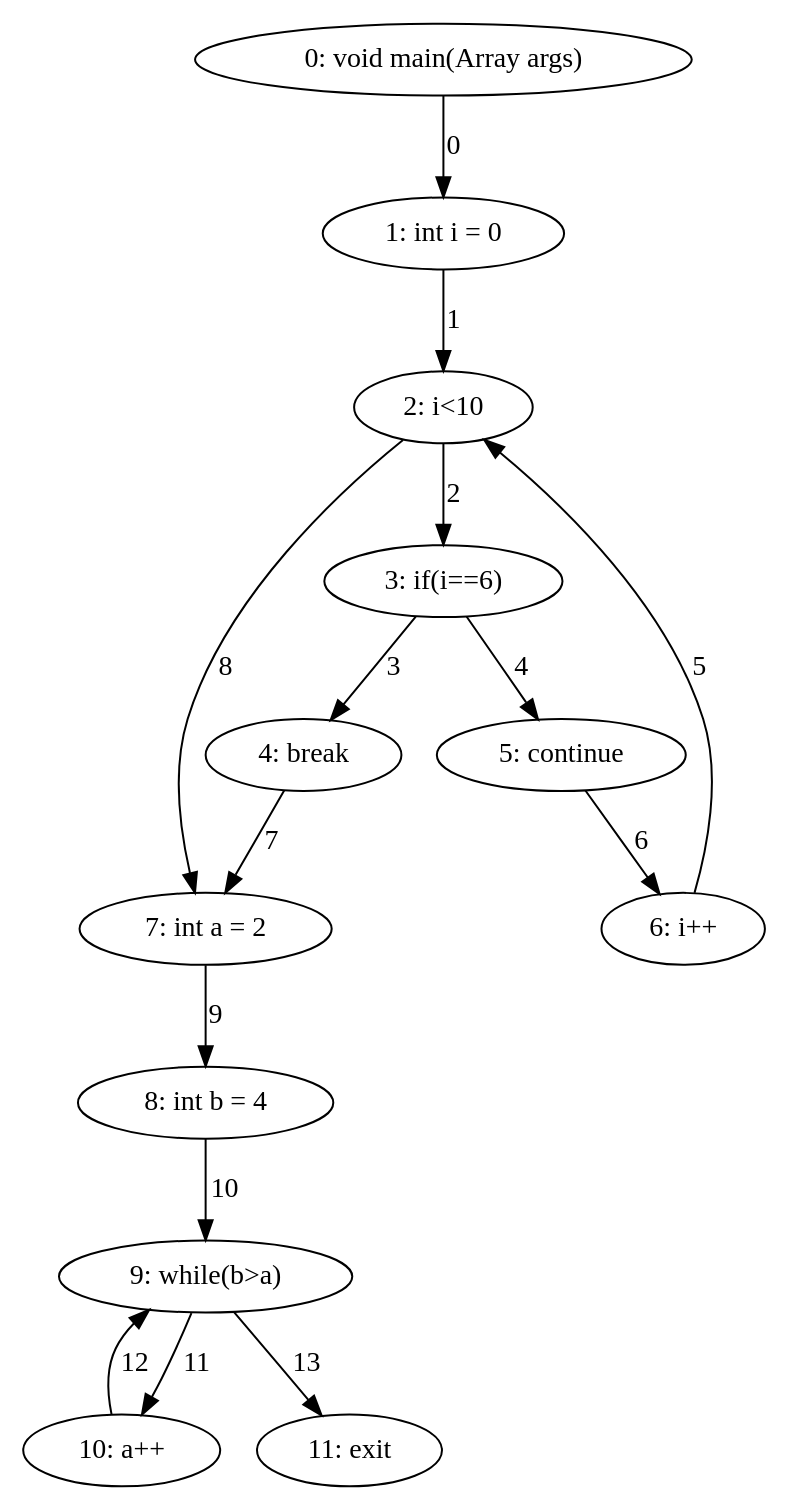
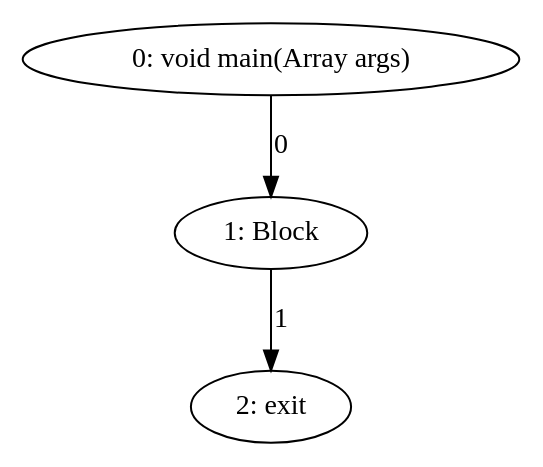
One commit to DominguesGM/comp_astanalyze changed the diagram in export/forbreak_example_cfg.dot. Above: the diagram before and after it, drawn with Graphviz. The commit also changed 35 other files, not shown here.

```diff
--- a/export/forbreak_example_cfg.dot
+++ b/export/forbreak_example_cfg.dot
@@ -1,28 +1,7 @@
 digraph G {
   1 [ label="0: void main(Array args)" ];
-  2 [ label="1: int i = 0" ];
-  3 [ label="2: i<10" ];
-  4 [ label="3: if(i==6)" ];
-  5 [ label="4: break" ];
-  6 [ label="5: continue" ];
-  7 [ label="6: i++" ];
-  8 [ label="7: int a = 2" ];
-  9 [ label="8: int b = 4" ];
-  10 [ label="9: while(b>a)" ];
-  11 [ label="10: a++" ];
-  12 [ label="11: exit" ];
+  2 [ label="1: Block" ];
+  3 [ label="2: exit" ];
   1 -> 2 [ label="0" ];
   2 -> 3 [ label="1" ];
-  3 -> 4 [ label="2" ];
-  4 -> 5 [ label="3" ];
-  4 -> 6 [ label="4" ];
-  7 -> 3 [ label="5" ];
-  6 -> 7 [ label="6" ];
-  5 -> 8 [ label="7" ];
-  3 -> 8 [ label="8" ];
-  8 -> 9 [ label="9" ];
-  9 -> 10 [ label="10" ];
-  10 -> 11 [ label="11" ];
-  11 -> 10 [ label="12" ];
-  10 -> 12 [ label="13" ];
 }
```
